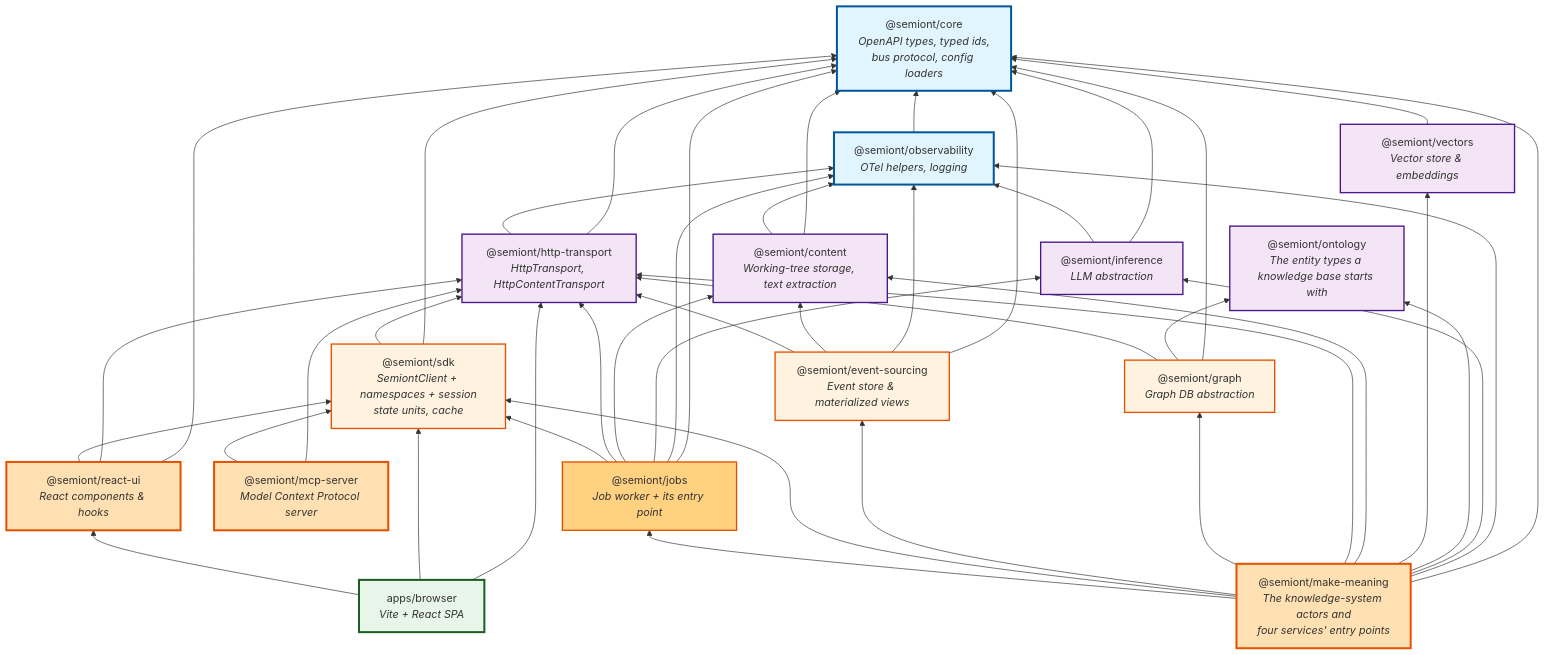
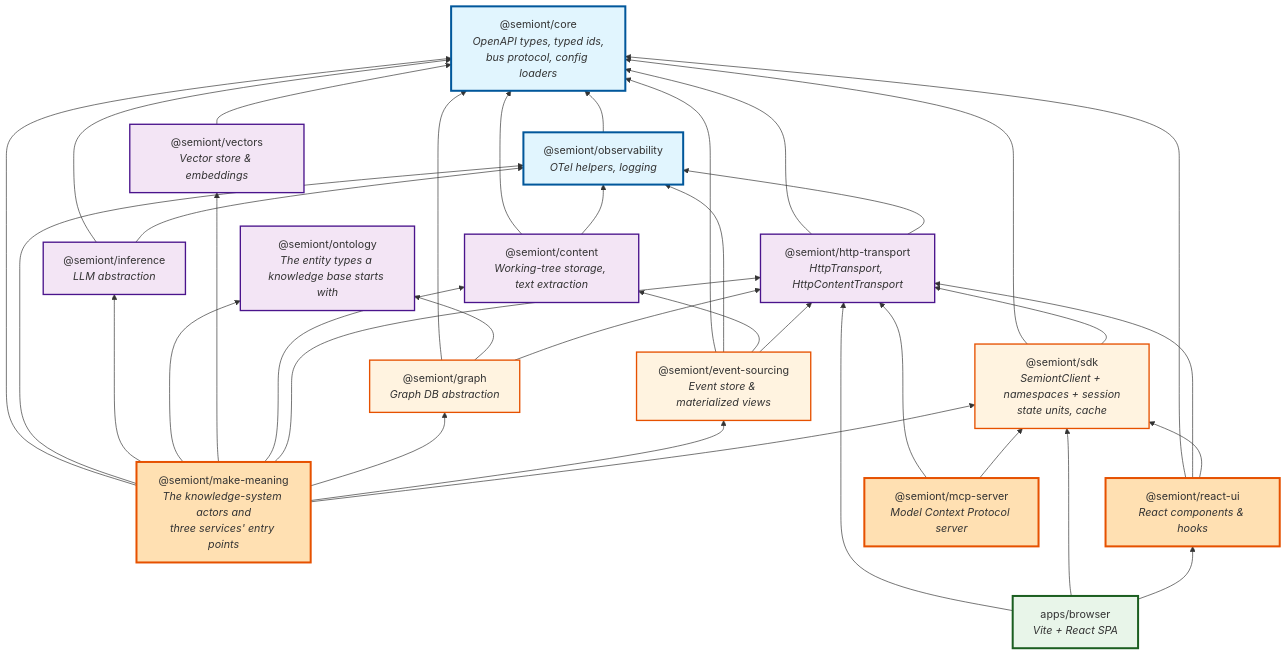
One commit to The-AI-Alliance/semiont changed the first of 2 diagrams in docs/architecture/PACKAGE-ARCHITECTURE.md. Above: the diagram before and after it, drawn with Mermaid. The commit also changed other lines of this file and 176 other files, not shown here.

First line of the commit message:
Checkpoint: the Python Worker service passes its suite but for the bus log; the deletion of the TypeScript worker is begun

````diff
--- a/docs/architecture/PACKAGE-ARCHITECTURE.md
+++ b/docs/architecture/PACKAGE-ARCHITECTURE.md
@@ -11,15 +11,12 @@
 ```mermaid
 graph BT
-    %% Layer 5: Application
+    %% Layer 4: Application
     browser["apps/browser<br/><i>Vite + React SPA</i>"]
 
-    %% Layer 4: Application logic
-    meaning["@semiont/make-meaning<br/><i>The knowledge-system actors and<br/>four services' entry points</i>"]
+    %% Layer 3: Application logic
+    meaning["@semiont/make-meaning<br/><i>The knowledge-system actors and<br/>three services' entry points</i>"]
     react["@semiont/react-ui<br/><i>React components & hooks</i>"]
     mcp["@semiont/mcp-server<br/><i>Model Context Protocol server</i>"]
-
-    %% Layer 3: Workers
-    jobs["@semiont/jobs<br/><i>Job worker + its entry point</i>"]
 
     %% Layer 2: SDK + domain storage
     sdk["@semiont/sdk<br/><i>SemiontClient + namespaces + session<br/>state units, cache</i>"]
@@ -41,7 +38,6 @@
     browser --> sdk
     browser --> api
 
-    meaning --> jobs
     meaning --> sdk
     meaning --> event
     meaning --> graph_pkg
@@ -57,13 +53,6 @@
     react --> core
     mcp --> sdk
     mcp --> api
-
-    jobs --> sdk
-    jobs --> api
-    jobs --> content
-    jobs --> inference
-    jobs --> obs
-    jobs --> core
 
     sdk --> api
     sdk --> core
@@ -88,14 +77,12 @@
     classDef layer0 fill:#e1f5fe,stroke:#01579b,stroke-width:3px
     classDef layer1 fill:#f3e5f5,stroke:#4a148c,stroke-width:2px
     classDef layer2 fill:#fff3e0,stroke:#e65100,stroke-width:2px
-    classDef layer3 fill:#ffd180,stroke:#e65100,stroke-width:2px
-    classDef layer4 fill:#ffe0b2,stroke:#e65100,stroke-width:3px
-    classDef layer5 fill:#e8f5e9,stroke:#1b5e20,stroke-width:3px
+    classDef layer3 fill:#ffe0b2,stroke:#e65100,stroke-width:3px
+    classDef layer4 fill:#e8f5e9,stroke:#1b5e20,stroke-width:3px
 
     class core,obs layer0
     class api,content,vectors,ontology,inference layer1
     class sdk,event,graph_pkg layer2
-    class jobs layer3
-    class meaning,react,mcp layer4
-    class browser layer5
+    class meaning,react,mcp layer3
+    class browser layer4
 ```
````
